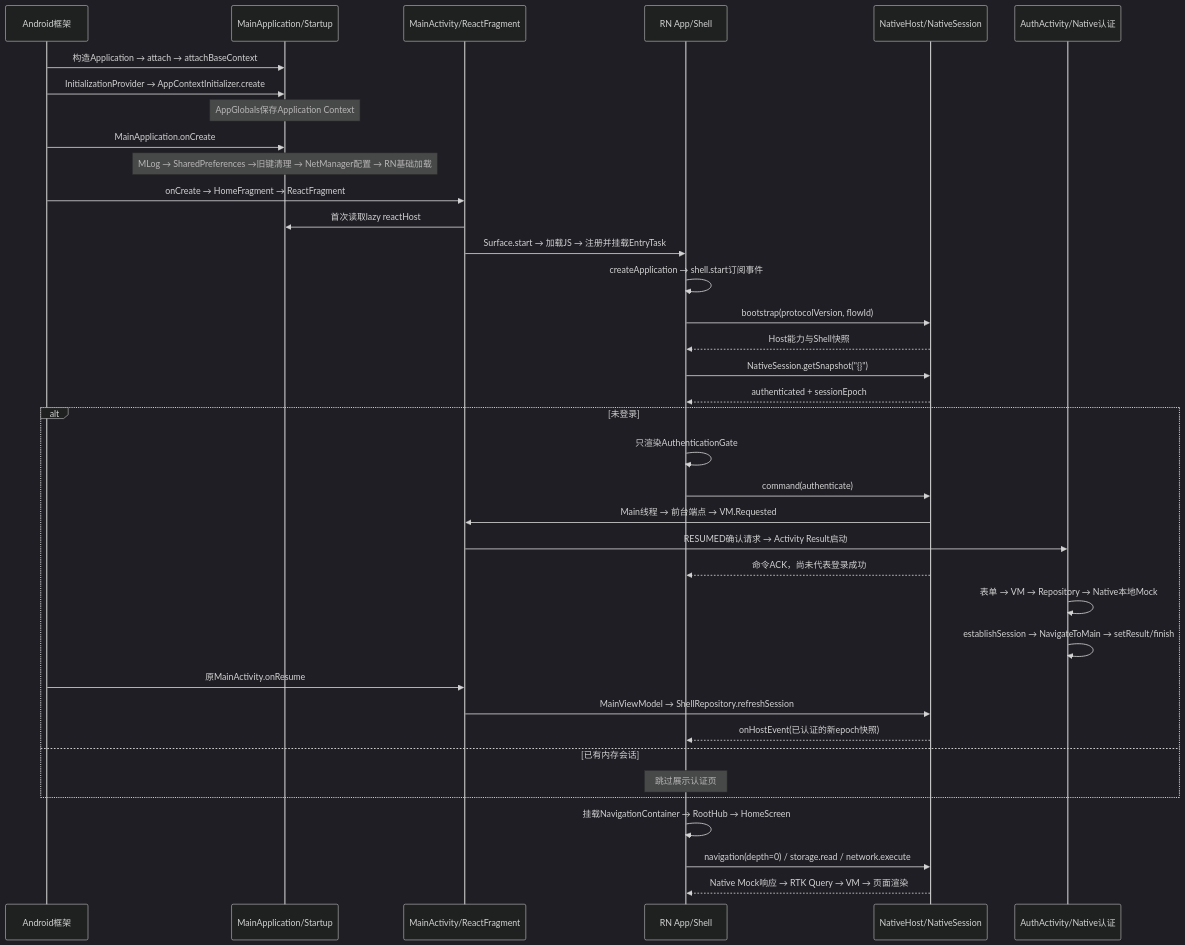
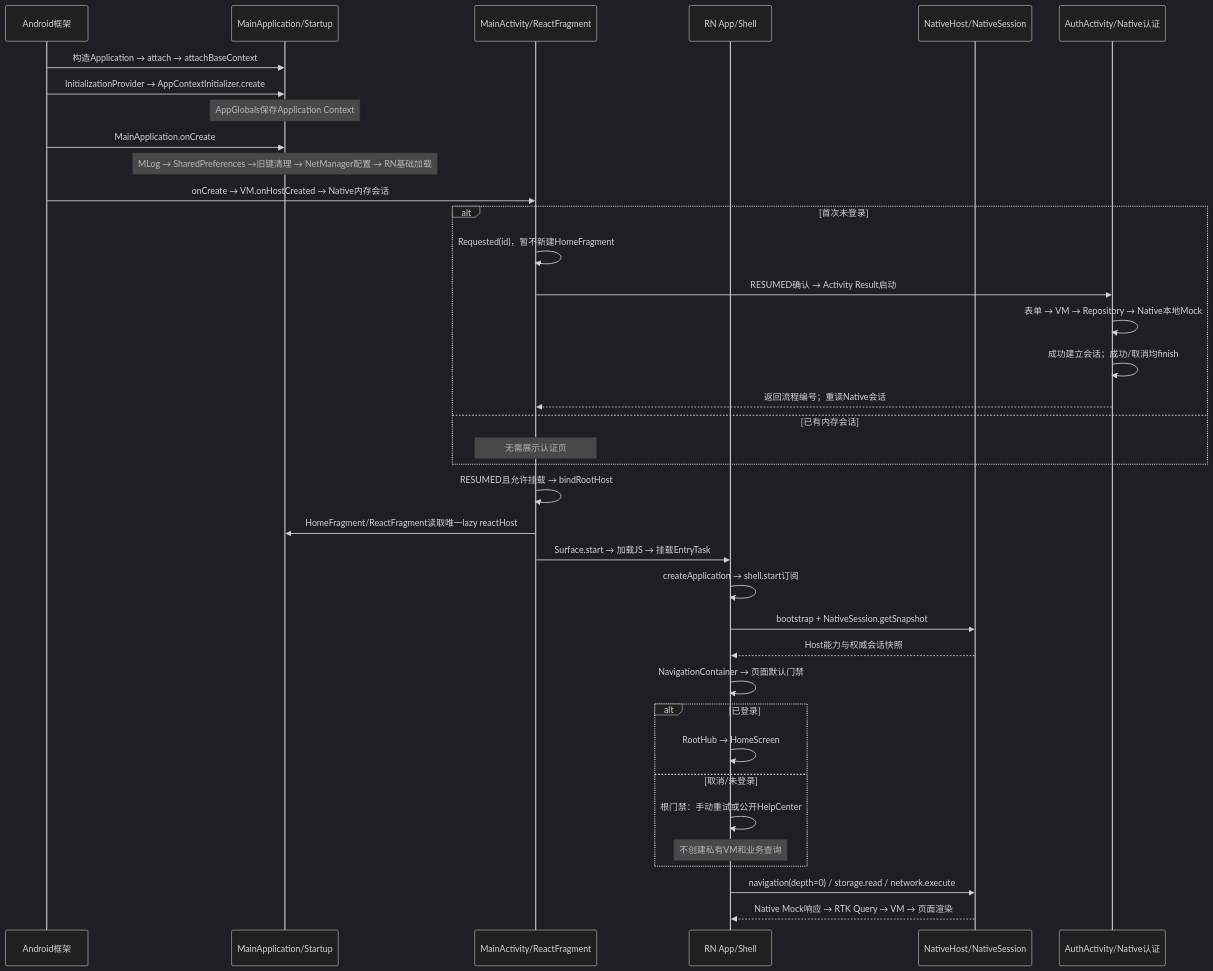
One commit to rickdynasty/EntryTask changed the diagram in docs/development/启动与登录全链路源码详解.md. Above: the diagram before and after it, drawn with Mermaid (dark theme). The commit also changed other lines of this file and 18 other files, not shown here.

````diff
--- a/docs/development/启动与登录全链路源码详解.md
+++ b/docs/development/启动与登录全链路源码详解.md
@@ -24,39 +24,39 @@
 ```mermaid
 sequenceDiagram
     participant OS as Android框架
     participant APP as MainApplication/Startup
     participant MAIN as MainActivity/ReactFragment
     participant RN as RN App/Shell
     participant BR as NativeHost/NativeSession
     participant AUTH as AuthActivity/Native认证
     OS->>APP: 构造Application → attach → attachBaseContext
     OS->>APP: InitializationProvider → AppContextInitializer.create
     Note over APP: AppGlobals保存Application Context
     OS->>APP: MainApplication.onCreate
     Note over APP: MLog → SharedPreferences →旧键清理 → NetManager配置 → RN基础加载
-    OS->>MAIN: onCreate → HomeFragment → ReactFragment
-    MAIN->>APP: 首次读取lazy reactHost
-    MAIN->>RN: Surface.start → 加载JS → 注册并挂载EntryTask
-    RN->>RN: createApplication → shell.start订阅事件
-    RN->>BR: bootstrap(protocolVersion, flowId)
-    BR-->>RN: Host能力与Shell快照
-    RN->>BR: NativeSession.getSnapshot("{}")
-    BR-->>RN: authenticated + sessionEpoch
-    alt 未登录
-        RN->>RN: 只渲染AuthenticationGate
-        RN->>BR: command(authenticate)
-        BR->>MAIN: Main线程 → 前台端点 → VM.Requested
-        MAIN->>AUTH: RESUMED确认请求 → Activity Result启动
-        BR-->>RN: 命令ACK，尚未代表登录成功
+    OS->>MAIN: onCreate → VM.onHostCreated → Native内存会话
+    alt 首次未登录
+        MAIN->>MAIN: Requested(id)，暂不新建HomeFragment
+        MAIN->>AUTH: RESUMED确认 → Activity Result启动
         AUTH->>AUTH: 表单 → VM → Repository → Native本地Mock
-        AUTH->>AUTH: establishSession → NavigateToMain → setResult/finish
-        OS->>MAIN: 原MainActivity.onResume
-        MAIN->>BR: MainViewModel → ShellRepository.refreshSession
-        BR-->>RN: onHostEvent(已认证的新epoch快照)
+        AUTH->>AUTH: 成功建立会话；成功/取消均finish
+        AUTH-->>MAIN: 返回流程编号；重读Native会话
     else 已有内存会话
-        Note over RN: 跳过展示认证页
+        Note over MAIN: 无需展示认证页
     end
-    RN->>RN: 挂载NavigationContainer → RootHub → HomeScreen
+    MAIN->>MAIN: RESUMED且允许挂载 → bindRootHost
+    MAIN->>APP: HomeFragment/ReactFragment读取唯一lazy reactHost
+    MAIN->>RN: Surface.start → 加载JS → 挂载EntryTask
+    RN->>RN: createApplication → shell.start订阅
+    RN->>BR: bootstrap + NativeSession.getSnapshot
+    BR-->>RN: Host能力与权威会话快照
+    RN->>RN: NavigationContainer → 页面默认门禁
+    alt 已登录
+        RN->>RN: RootHub → HomeScreen
+    else 取消/未登录
+        RN->>RN: 根门禁：手动重试或公开HelpCenter
+        Note over RN: 不创建私有VM和业务查询
+    end
     RN->>BR: navigation(depth=0) / storage.read / network.execute
     BR-->>RN: Native Mock响应 → RTK Query → VM → 页面渲染
 ```
````
